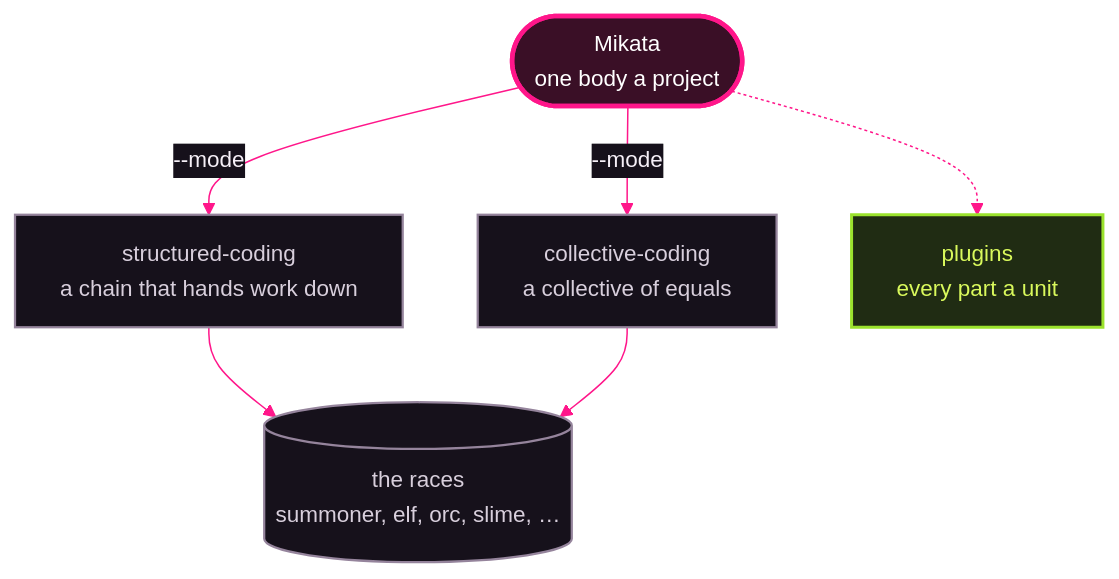
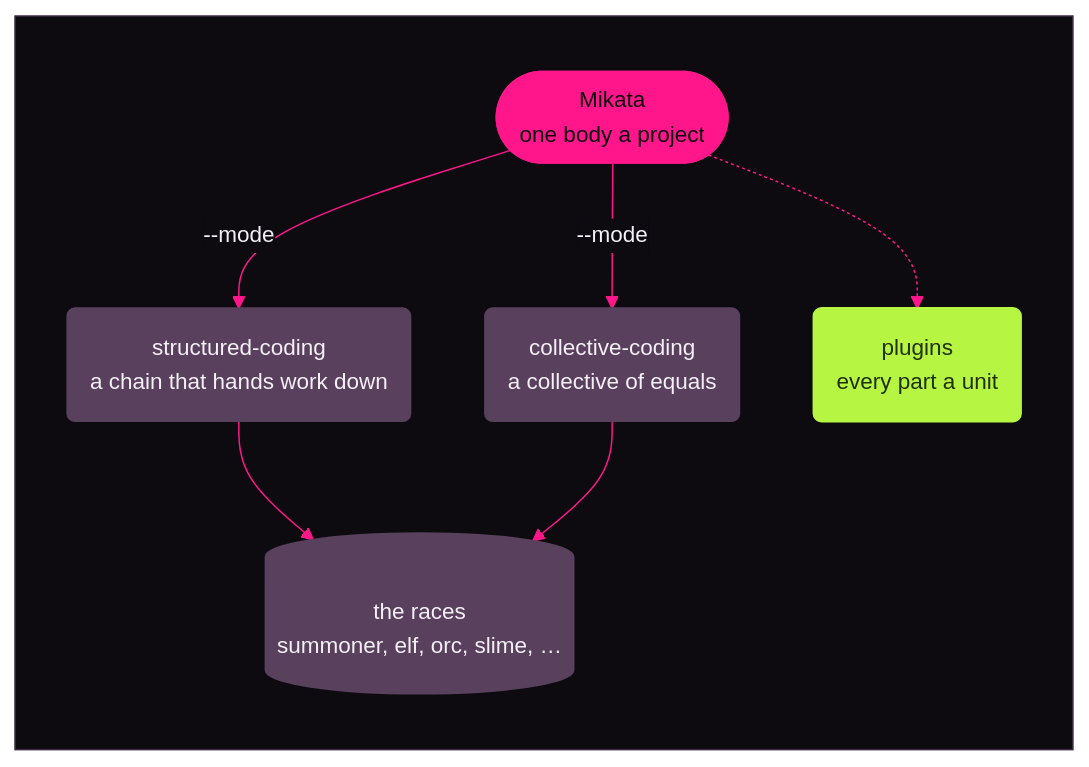
One commit to Kaginari/mikata changed the diagram in docs/experimental/README.md. Above: the diagram before and after it, drawn with Mermaid. The commit also changed other lines of this file and 55 other files, not shown here.

````diff
--- a/docs/experimental/README.md
+++ b/docs/experimental/README.md
@@ -17,66 +17,70 @@
 ```mermaid
 ---
 config:
   theme: base
   themeVariables:
     darkMode: true
     background: "#0d0b10"
     fontFamily: "Inter, Segoe UI, system-ui, -apple-system, Helvetica, Arial, sans-serif"
     fontSize: "15px"
-    primaryColor: "#211824"
+    primaryColor: "#3d2b40"
     primaryTextColor: "#f5eff7"
-    primaryBorderColor: "#ff168a"
-    secondaryColor: "#2c2030"
+    primaryBorderColor: "#3d2b40"
+    secondaryColor: "#59405d"
     secondaryTextColor: "#f5eff7"
-    secondaryBorderColor: "#ff655c"
+    secondaryBorderColor: "#59405d"
     tertiaryColor: "#16111b"
     tertiaryTextColor: "#f5eff7"
-    tertiaryBorderColor: "#59405d"
+    tertiaryBorderColor: "#3d2b40"
     lineColor: "#ff168a"
     textColor: "#f5eff7"
     titleColor: "#f5eff7"
-    edgeLabelBackground: "#16111b"
+    edgeLabelBackground: "#0d0b10"
     clusterBkg: "#16111b"
-    clusterBorder: "#59405d"
-    noteBkgColor: "#332711"
-    noteTextColor: "#ffe1a8"
+    clusterBorder: "#3d2b40"
+    noteBkgColor: "#ffb020"
+    noteTextColor: "#1a1205"
     noteBorderColor: "#ffb020"
-    actorBkg: "#211824"
-    actorBorder: "#ff168a"
+    actorBkg: "#3d2b40"
+    actorBorder: "#3d2b40"
     actorTextColor: "#f5eff7"
     actorLineColor: "#59405d"
     signalColor: "#ff655c"
     signalTextColor: "#f5eff7"
-    labelBoxBkgColor: "#211824"
-    labelBoxBorderColor: "#ff168a"
+    labelBoxBkgColor: "#3d2b40"
+    labelBoxBorderColor: "#3d2b40"
     labelTextColor: "#f5eff7"
     loopTextColor: "#f5eff7"
-    activationBkgColor: "#3a0f26"
+    activationBkgColor: "#ff168a"
     activationBorderColor: "#ff168a"
     sequenceNumberColor: "#0d0b10"
     transitionColor: "#ff168a"
     transitionLabelColor: "#f5eff7"
     stateLabelColor: "#f5eff7"
-    stateBkg: "#211824"
-    labelBackgroundColor: "#16111b"
+    stateBkg: "#3d2b40"
+    labelBackgroundColor: "#0d0b10"
     compositeBackground: "#16111b"
-    compositeTitleBackground: "#211824"
+    compositeTitleBackground: "#3d2b40"
     altBackground: "#16111b"
     specialStateColor: "#b6f542"
     innerEndBackground: "#b6f542"
   flowchart:
     wrappingWidth: 220
 ---
 flowchart TD
-    M(["Mikata<br/>one body a project"]) -->|--mode| S["structured-coding<br/>a chain that hands work down"]
-    M -->|--mode| C["collective-coding<br/>a collective of equals"]
-    S --> R[("the races<br/>summoner, elf, orc, slime, …")]
-    C --> R
-    M -.-> P["plugins<br/>every part a unit"]
-    classDef core fill:#3a0f26,stroke:#ff168a,stroke-width:3px,color:#ffffff
+    subgraph MIKATA_BG[" "]
+      direction TB
+      M(["Mikata<br/>one body a project"]) -->|--mode| S("structured-coding<br/>a chain that hands work down")
+      M -->|--mode| C("collective-coding<br/>a collective of equals")
+      S --> R[("the races<br/>summoner, elf, orc, slime, …")]
+      C --> R
+      M -.-> P("plugins<br/>every part a unit")
+    end
+    classDef core fill:#ff168a,stroke:#ff168a,stroke-width:2px,color:#0d0b10
     class M core
-    classDef frozen fill:#16111b,stroke:#95849c,stroke-width:1.5px,color:#d8cfdc
+    classDef frozen fill:#59405d,stroke:#59405d,stroke-width:1.5px,color:#f5eff7
     class S,C,R frozen
-    classDef live fill:#202c13,stroke:#9be22d,stroke-width:2px,color:#d9f95c
+    classDef live fill:#b6f542,stroke:#b6f542,stroke-width:2px,color:#203008
     class P live
+    style MIKATA_BG fill:#0d0b10,stroke:#3d2b40,color:#0d0b10
 ```
````
